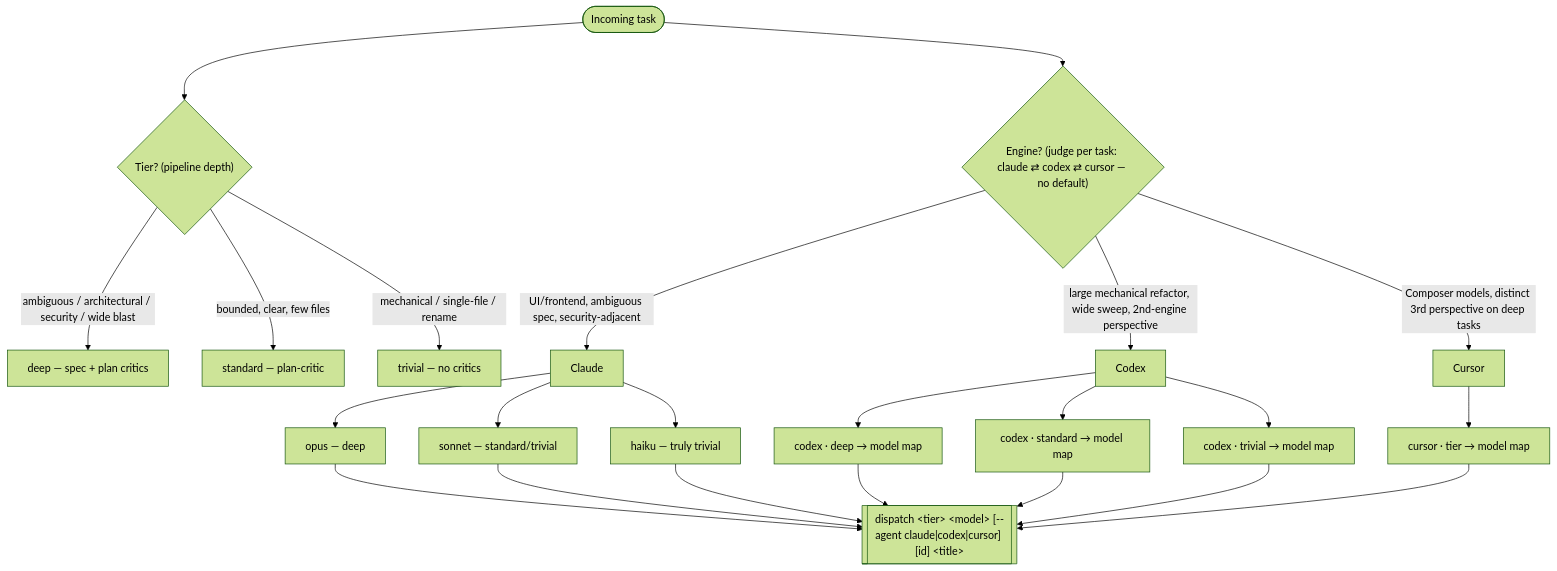
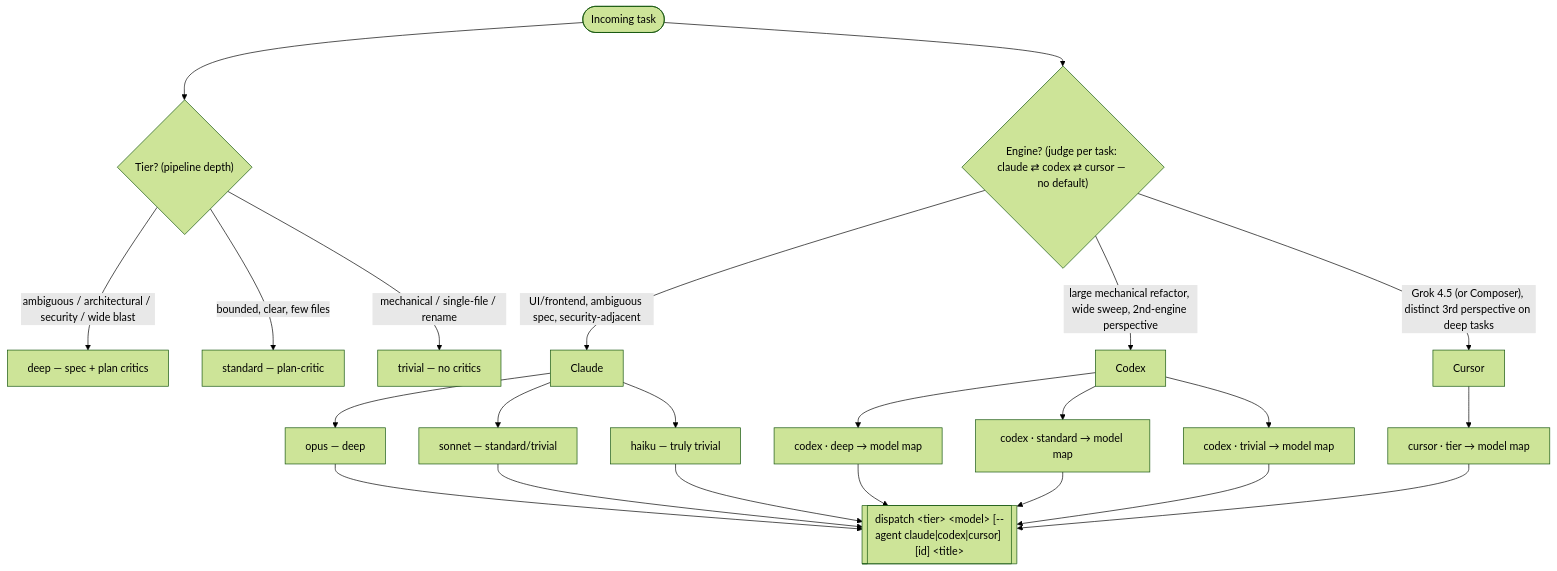
The diagram in home/ai/claude-code/dispatch-orchestration.md (noamsto/nix-config), drawn with Mermaid (forest theme) before and after one commit. The commit also changed other lines of this file and 2 other files, not shown here.

First line of the commit message:
feat(dispatch): default cursor to Grok 4.5 + remove claude routing bias (#100)

````diff
--- a/home/ai/claude-code/dispatch-orchestration.md
+++ b/home/ai/claude-code/dispatch-orchestration.md
@@ -5,29 +5,29 @@
 ```mermaid
 flowchart TD
     T(["Incoming task"]) --> TIER{"Tier? (pipeline depth)"}
     T --> ENG{"Engine? (judge per task: claude ⇄ codex ⇄ cursor — no default)"}
 
     TIER -->|"ambiguous / architectural / security / wide blast"| DEEP["deep — spec + plan critics"]
     TIER -->|"bounded, clear, few files"| STD["standard — plan-critic"]
     TIER -->|"mechanical / single-file / rename"| TRIV["trivial — no critics"]
 
     ENG -->|"large mechanical refactor, wide sweep, 2nd-engine perspective"| CODEX["Codex"]
     ENG -->|"UI/frontend, ambiguous spec, security-adjacent"| CLAUDE["Claude"]
-    ENG -->|"Composer models, distinct 3rd perspective on deep tasks"| CURSOR["Cursor"]
+    ENG -->|"Grok 4.5 (or Composer), distinct 3rd perspective on deep tasks"| CURSOR["Cursor"]
 
     CLAUDE --> OPUS["opus — deep"]
     CLAUDE --> SONNET["sonnet — standard/trivial"]
     CLAUDE --> HAIKU["haiku — truly trivial"]
     CODEX --> GH["codex · deep → model map"]
     CODEX --> GM["codex · standard → model map"]
     CODEX --> GL["codex · trivial → model map"]
     CURSOR --> CU["cursor · tier → model map"]
 
     OPUS --> D[["dispatch &lt;tier&gt; &lt;model&gt; [--agent claude|codex|cursor] [id] &lt;title&gt;"]]
     SONNET --> D
     HAIKU --> D
     GH --> D
     GM --> D
     GL --> D
     CU --> D
 ```
````
